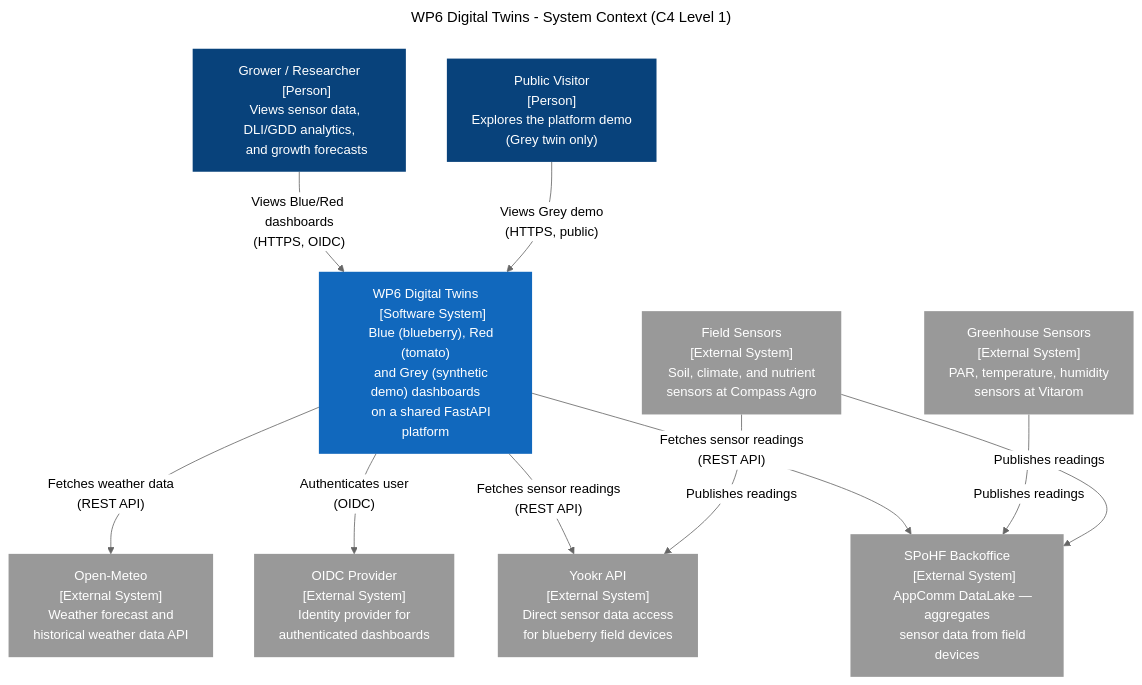
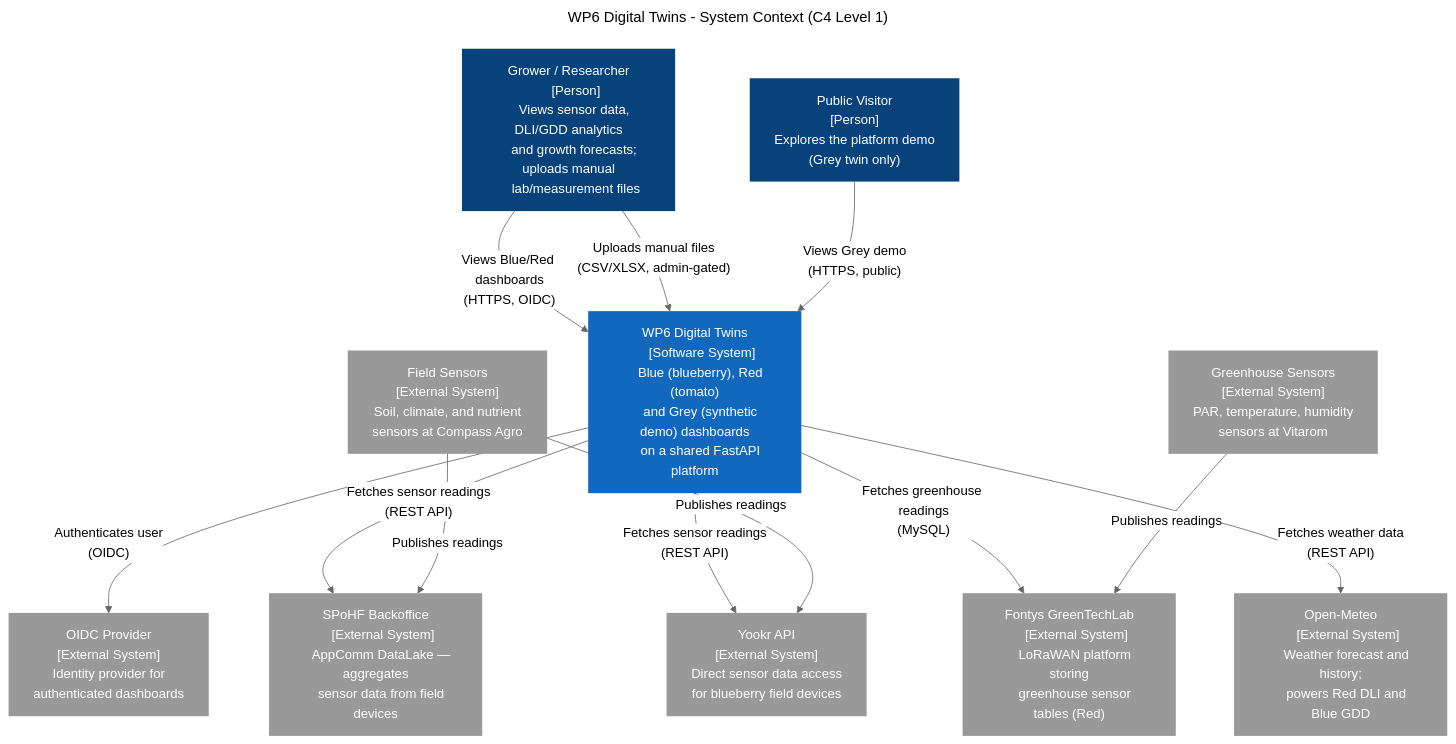
Before and after one commit to SPOHF/SPoHF-WP6-Twins: the second of 5 diagrams in docs/architecture/index.md, drawn with Mermaid (neutral theme). The commit also changed other lines of this file and 4 other files, not shown here.

First line of the commit message:
docs(architecture): refresh C4 diagrams to current implementation

````diff
--- a/docs/architecture/index.md
+++ b/docs/architecture/index.md
@@ -146,67 +149,75 @@
 ```mermaid
 ---
 title: "WP6 Digital Twins - System Context (C4 Level 1)"
 ---
 graph TB
     %% SSOT — also embedded in docs/architecture/index.md.
     %% Edit this file first, then mirror into index.md.
     classDef person fill:#08427b,color:#fff,stroke:none
     classDef system fill:#1168bd,color:#fff,stroke:none
     classDef external fill:#999,color:#fff,stroke:none
 
     grower["Grower / Researcher
     [Person]
-    Views sensor data, DLI/GDD analytics,
-    and growth forecasts"]:::person
+    Views sensor data, DLI/GDD analytics
+    and growth forecasts; uploads manual
+    lab/measurement files"]:::person
 
     visitor["Public Visitor
     [Person]
     Explores the platform demo
     (Grey twin only)"]:::person
 
     wp6["WP6 Digital Twins
     [Software System]
     Blue (blueberry), Red (tomato)
     and Grey (synthetic demo) dashboards
     on a shared FastAPI platform"]:::system
 
     spohf["SPoHF Backoffice
     [External System]
     AppComm DataLake — aggregates
     sensor data from field devices"]:::external
 
     yookr["Yookr API
     [External System]
     Direct sensor data access
     for blueberry field devices"]:::external
 
     openmeteo["Open-Meteo
     [External System]
-    Weather forecast and
-    historical weather data API"]:::external
+    Weather forecast and history;
+    powers Red DLI and Blue GDD"]:::external
 
     oidc["OIDC Provider
     [External System]
     Identity provider for
     authenticated dashboards"]:::external
+
+    greentechlab["Fontys GreenTechLab
+    [External System]
+    LoRaWAN platform storing
+    greenhouse sensor tables (Red)"]:::external
 
     greenhouse["Greenhouse Sensors
     [External System]
     PAR, temperature, humidity
     sensors at Vitarom"]:::external
 
     field["Field Sensors
     [External System]
     Soil, climate, and nutrient
     sensors at Compass Agro"]:::external
 
     grower -->|"Views Blue/Red dashboards\n(HTTPS, OIDC)"| wp6
+    grower -->|"Uploads manual files\n(CSV/XLSX, admin-gated)"| wp6
     visitor -->|"Views Grey demo\n(HTTPS, public)"| wp6
     wp6 -->|"Authenticates user\n(OIDC)"| oidc
     wp6 -->|"Fetches sensor readings\n(REST API)"| spohf
     wp6 -->|"Fetches sensor readings\n(REST API)"| yookr
+    wp6 -->|"Fetches greenhouse readings\n(MySQL)"| greentechlab
     wp6 -->|"Fetches weather data\n(REST API)"| openmeteo
-    greenhouse -->|"Publishes readings"| spohf
+    greenhouse -->|"Publishes readings"| greentechlab
     field -->|"Publishes readings"| spohf
     field -->|"Publishes readings"| yookr
 ```
````
